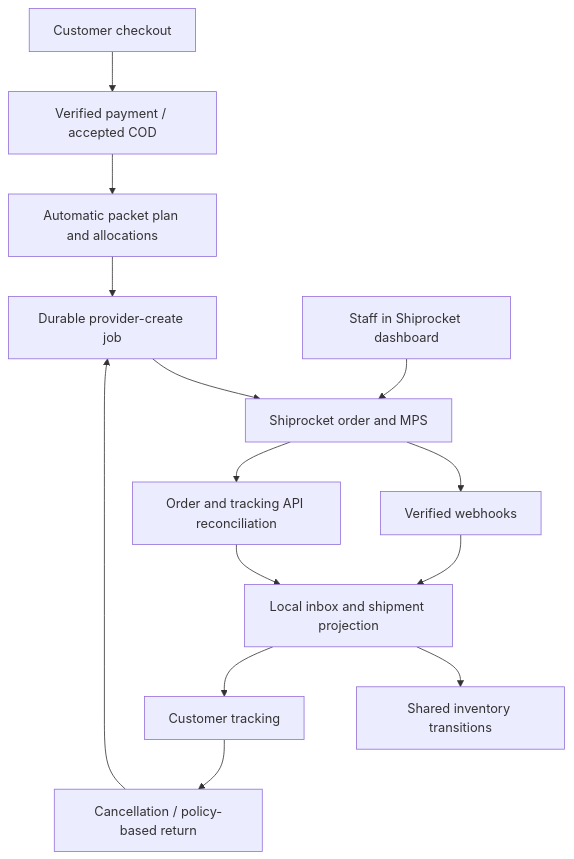
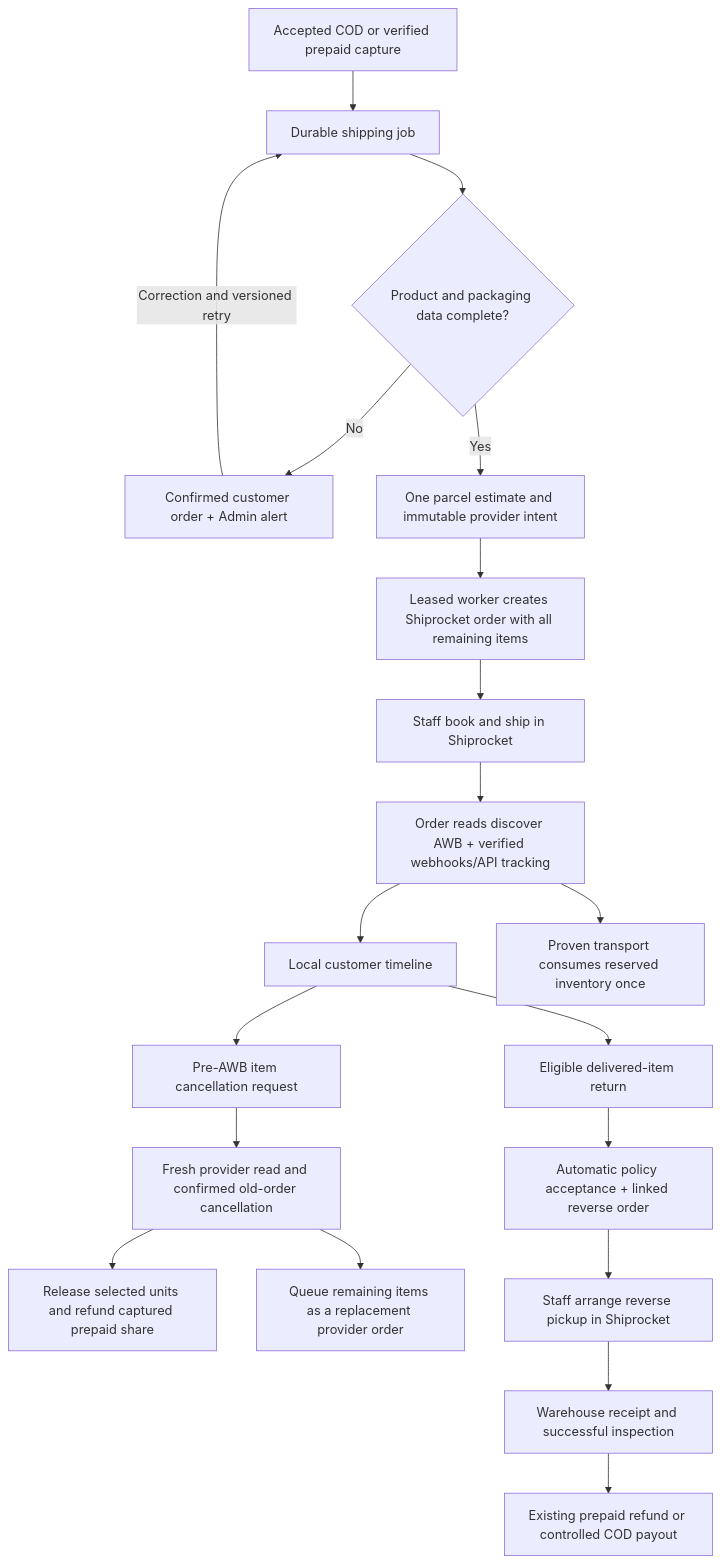
The diagram in Shiprocket-Integration-HLD.md (AJPrj/ecommerce-production-blueprint), drawn with Mermaid before and after one commit. The commit also changed other lines of this file and 4 other files, not shown here.

```diff
--- a/Shiprocket-Integration-HLD.md
+++ b/Shiprocket-Integration-HLD.md
@@ -55,16 +18,22 @@
 ~~~mermaid
 flowchart TD
-    C[Customer checkout] --> O[Verified payment / accepted COD]
-    O --> P[Automatic packet plan and allocations]
-    P --> J[Durable provider-create job]
-    J --> S[Shiprocket order and MPS]
-    A[Staff in Shiprocket dashboard] --> S
-    S --> W[Verified webhooks]
-    S --> R[Order and tracking API reconciliation]
-    W --> D[Local inbox and shipment projection]
-    R --> D
-    D --> I[Shared inventory transitions]
-    D --> T[Customer tracking]
-    T --> X[Cancellation / policy-based return]
-    X --> J
+    A[Accepted COD or verified prepaid capture] --> B[Durable shipping job]
+    B --> C{Product and packaging data complete?}
+    C -->|No| D[Confirmed customer order + Admin alert]
+    D -->|Correction and versioned retry| B
+    C -->|Yes| E[One parcel estimate and immutable provider intent]
+    E --> F[Leased worker creates Shiprocket order with all remaining items]
+    F --> G[Staff book and ship in Shiprocket]
+    G --> H[Order reads discover AWB + verified webhooks/API tracking]
+    H --> I[Local customer timeline]
+    H --> J[Proven transport consumes reserved inventory once]
+    I --> K[Pre-AWB item cancellation request]
+    K --> L[Fresh provider read and confirmed old-order cancellation]
+    L --> M[Release selected units and refund captured prepaid share]
+    L --> N[Queue remaining items as a replacement provider order]
+    I --> O[Eligible delivered-item return]
+    O --> P[Automatic policy acceptance + linked reverse order]
+    P --> Q[Staff arrange reverse pickup in Shiprocket]
+    Q --> R[Warehouse receipt and successful inspection]
+    R --> S[Existing prepaid refund or controlled COD payout]
 ~~~
```
